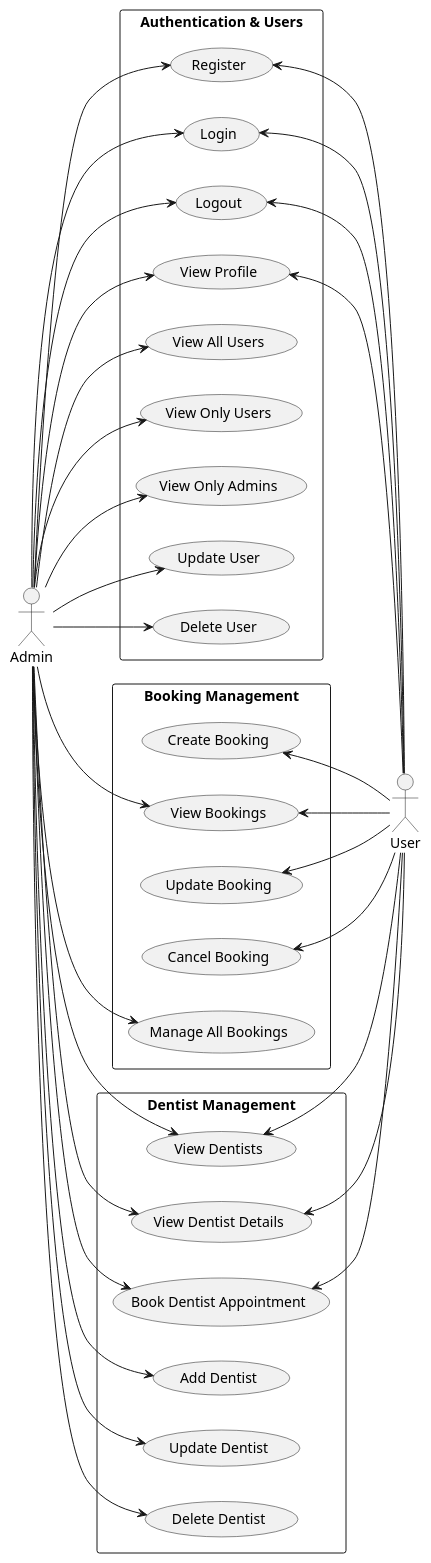
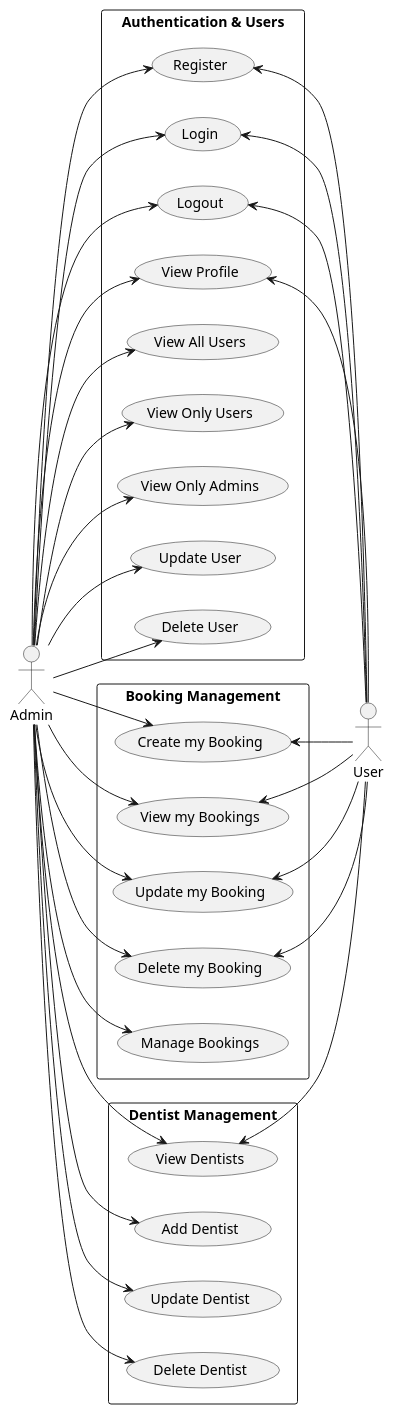
Before and after one commit to flukekub/BackendPJ-for-my-frontendPJ: the diagram in useCaseDiagram.puml, drawn with PlantUML. The commit also changed 11 other files, not shown here.

```diff
--- a/useCaseDiagram.puml
+++ b/useCaseDiagram.puml
@@ -1,46 +1,49 @@
 @startuml
 left to right direction
 actor User
 actor Admin
 
 rectangle "Authentication & Users" {
      (Register) <-- User
      (Login) <-- User 
      (Logout) <-- User 
      (View Profile) <-- User 
 
     Admin --> (View All Users)
     Admin --> (View Only Users)
     Admin --> (View Only Admins)
     Admin --> (Update User)
     Admin --> (Delete User)
     Admin --> (Login)
     Admin --> (Logout)
     Admin --> (View Profile) 
     Admin --> (Register)
 }
 
 rectangle "Booking Management" {
-    (Create Booking) <-- User 
-    (View Bookings) <-- User 
-    (Update Booking) <-- User 
-    (Cancel Booking) <-- User 
+    (Create my Booking) <-- User 
+    (View my Bookings) <-- User 
 
-    Admin --> (Manage All Bookings)
-    Admin --> (View Bookings)
+    (Update my Booking) <-- User 
+    (Delete my Booking) <-- User 
+    Admin --> (View my Bookings)
+   
+    Admin --> (Manage Bookings)
+    Admin --> (Create my Booking)
+    Admin --> (Update my Booking)
+    Admin --> (Delete my Booking) 
+   
     
 }
 
 rectangle "Dentist Management" {
      (View Dentists) <-- User  
-     (View Dentist Details) <-- User 
-     (Book Dentist Appointment) <-- User 
 
     Admin --> (Add Dentist)
     Admin --> (Update Dentist)
     Admin --> (Delete Dentist)
     Admin -->  (View Dentists)
-    Admin --> (View Dentist Details)
-    Admin --> (Book Dentist Appointment)     
+   
+    
 }
 @enduml
```
